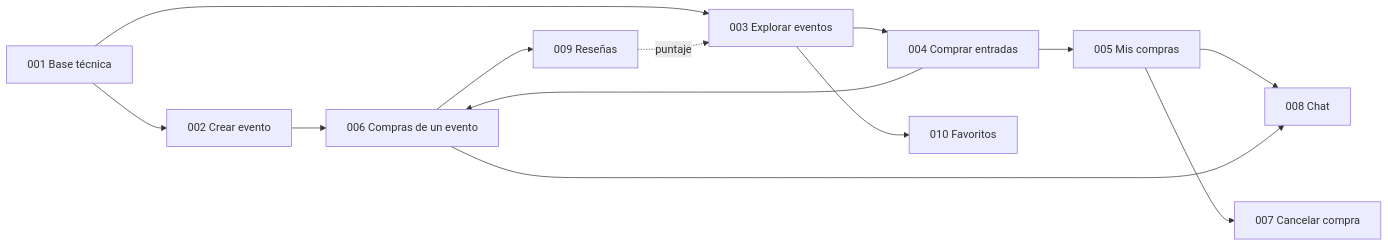
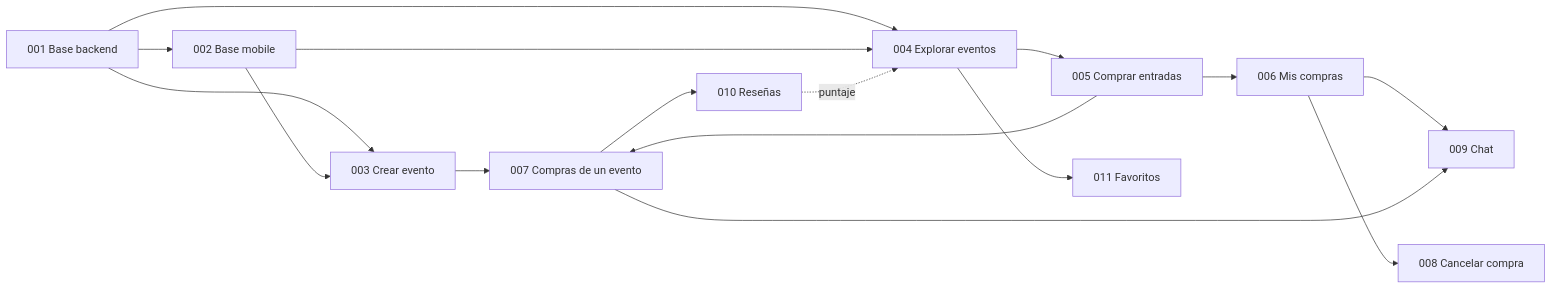
One commit to bdasilvabarata/ai-ticket-it changed the diagram in docs/backlog.md. Above: the diagram before and after it, drawn with Mermaid. The commit also changed other lines of this file and 3 other files, not shown here.

First line of the commit message:
docs: separa la base técnica en base backend (001) y base mobile (002)

````diff
--- a/docs/backlog.md
+++ b/docs/backlog.md
@@ -27,15 +28,18 @@
 ```mermaid
 graph LR
-  F001[001 Base técnica] --> F002[002 Crear evento]
-  F001 --> F003[003 Explorar eventos]
-  F003 --> F004[004 Comprar entradas]
-  F004 --> F005[005 Mis compras]
-  F002 --> F006[006 Compras de un evento]
-  F004 --> F006
-  F005 --> F007[007 Cancelar compra]
-  F005 --> F008[008 Chat]
-  F006 --> F008
-  F006 --> F009[009 Reseñas]
-  F009 -. puntaje .-> F003
-  F003 --> F010[010 Favoritos]
+  F001[001 Base backend] --> F002[002 Base mobile]
+  F001 --> F003[003 Crear evento]
+  F002 --> F003
+  F001 --> F004[004 Explorar eventos]
+  F002 --> F004
+  F004 --> F005[005 Comprar entradas]
+  F005 --> F006[006 Mis compras]
+  F003 --> F007[007 Compras de un evento]
+  F005 --> F007
+  F006 --> F008[008 Cancelar compra]
+  F006 --> F009[009 Chat]
+  F007 --> F009
+  F007 --> F010[010 Reseñas]
+  F010 -. puntaje .-> F004
+  F004 --> F011[011 Favoritos]
 ```
````
